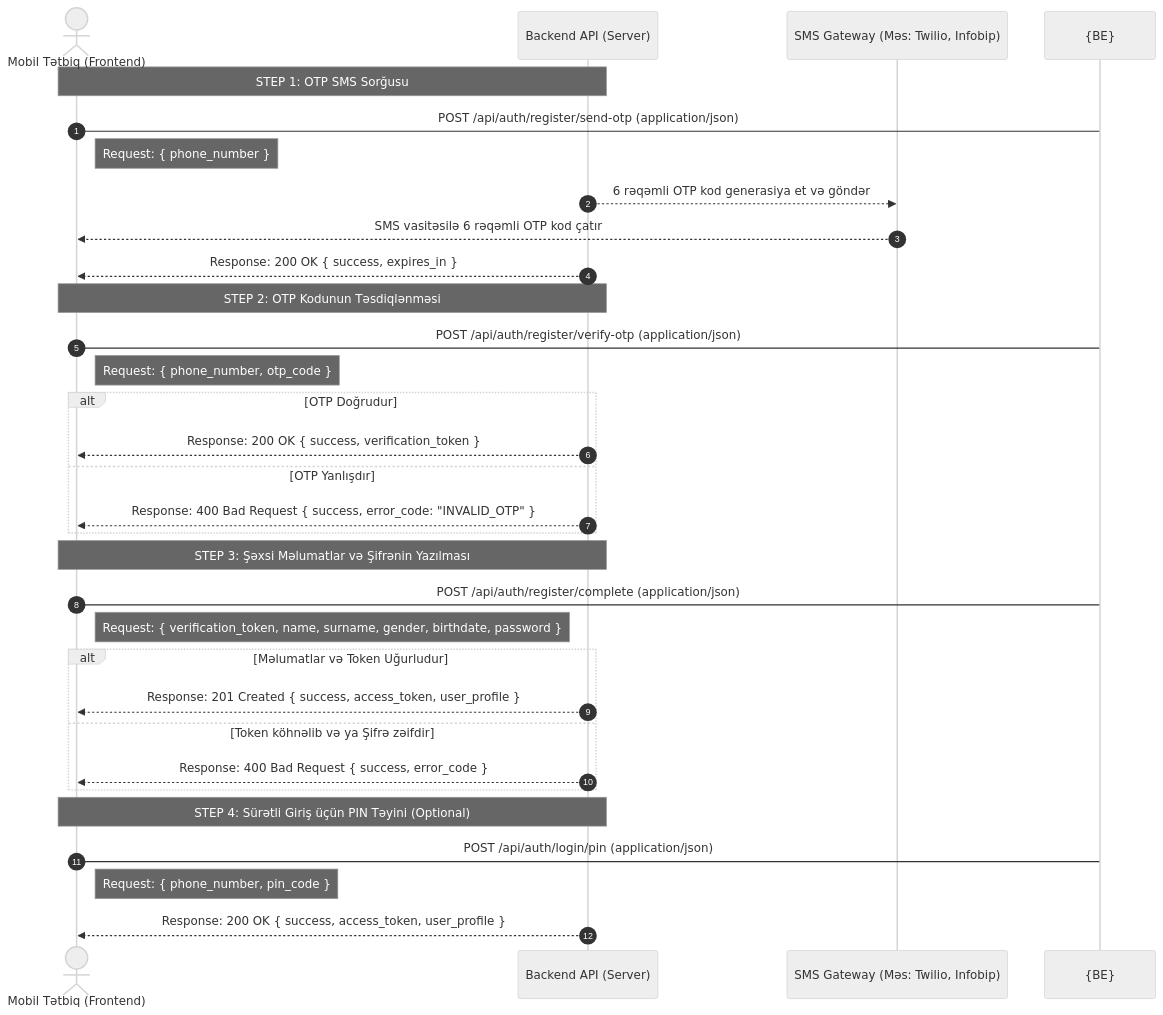
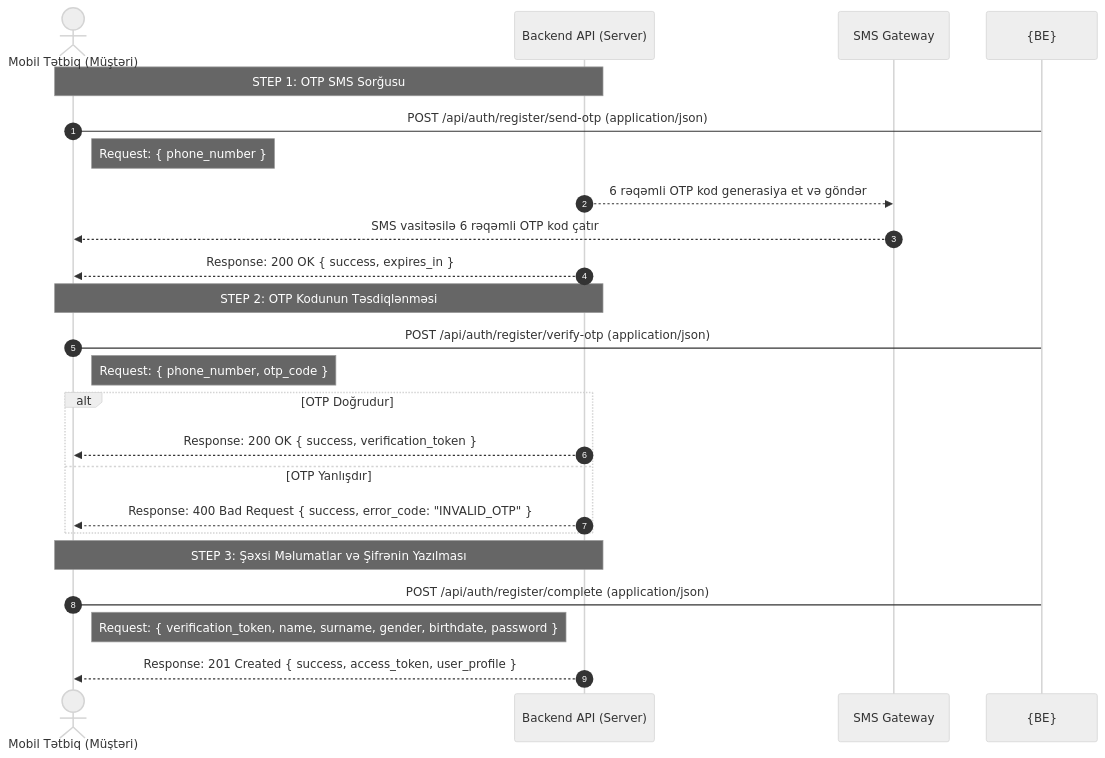
The first of 3 diagrams in loya_register_user_flow.md (Rokobot/loya_flow_api), drawn with Mermaid (neutral theme) before and after one commit. The commit also changed other lines of this file, not shown here.

````diff
--- a/loya_register_user_flow.md
+++ b/loya_register_user_flow.md
@@ -11,41 +10,31 @@
 ```mermaid
 sequenceDiagram
     autonumber
-    actor App as Mobil Tətbiq (Frontend)
+    actor App as Mobil Tətbiq (Müştəri)
     participant BE as Backend API (Server)
-    participant SMS as SMS Gateway (Məs: Twilio, Infobip)
+    participant SMS as SMS Gateway
 
     %% Step 1: Send OTP
     Note over App, BE: STEP 1: OTP SMS Sorğusu
     App->{BE}: POST /api/auth/register/send-otp (application/json)
     Note right of App: Request: { phone_number }
     BE-->>SMS: 6 rəqəmli OTP kod generasiya et və göndər
     SMS-->>App: SMS vasitəsilə 6 rəqəmli OTP kod çatır
     BE-->>App: Response: 200 OK { success, expires_in }
 
     %% Step 2: Verify OTP
     Note over App, BE: STEP 2: OTP Kodunun Təsdiqlənməsi
     App->{BE}: POST /api/auth/register/verify-otp (application/json)
     Note right of App: Request: { phone_number, otp_code }
     alt OTP Doğrudur
         BE-->>App: Response: 200 OK { success, verification_token }
     else OTP Yanlışdır
         BE-->>App: Response: 400 Bad Request { success, error_code: "INVALID_OTP" }
     end
 
     %% Step 3: Complete Register
     Note over App, BE: STEP 3: Şəxsi Məlumatlar və Şifrənin Yazılması
     App->{BE}: POST /api/auth/register/complete (application/json)
     Note right of App: Request: { verification_token, name, surname, gender, birthdate, password }
-    alt Məlumatlar və Token Uğurludur
-        BE-->>App: Response: 201 Created { success, access_token, user_profile }
-    else Token köhnəlib və ya Şifrə zəifdir
-        BE-->>App: Response: 400 Bad Request { success, error_code }
-    end
-
-    %% Step 4: PIN Code Setup
-    Note over App, BE: STEP 4: Sürətli Giriş üçün PIN Təyini (Optional)
-    App->{BE}: POST /api/auth/login/pin (application/json)
-    Note right of App: Request: { phone_number, pin_code }
-    BE-->>App: Response: 200 OK { success, access_token, user_profile }
+    BE-->>App: Response: 201 Created { success, access_token, user_profile }
 ```
````
